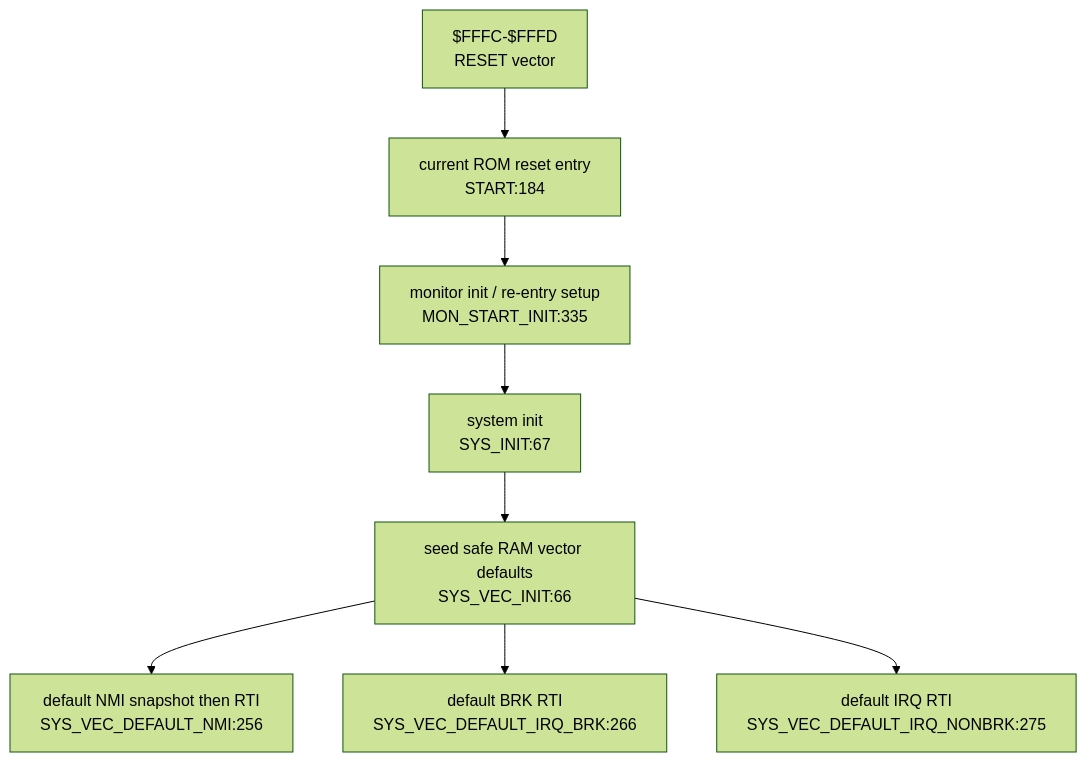
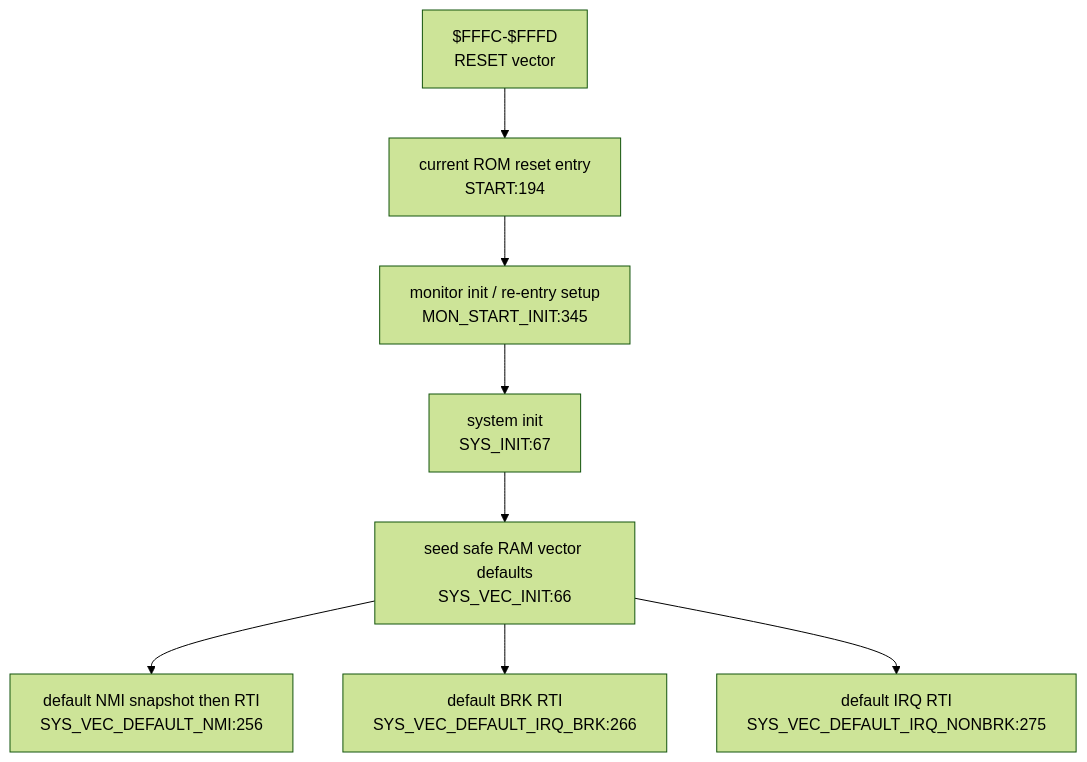
One commit to 95westus/R-YORS changed the second of 6 diagrams in DOC/GENERATED/INTERRUPT_VECTOR_MAP.md. Above: the diagram before and after it, drawn with Mermaid (forest theme). The commit also changed other lines of this file and 45 other files, not shown here.

````diff
--- a/DOC/GENERATED/INTERRUPT_VECTOR_MAP.md
+++ b/DOC/GENERATED/INTERRUPT_VECTOR_MAP.md
@@ -37,10 +37,10 @@
 ```mermaid
 flowchart TD
-    RESETV["$FFFC-$FFFD<br/>RESET vector"] --> STARTN["current ROM reset entry<br/>START:184"]
-    STARTN --> INIT["monitor init / re-entry setup<br/>MON_START_INIT:335"]
+    RESETV["$FFFC-$FFFD<br/>RESET vector"] --> STARTN["current ROM reset entry<br/>START:194"]
+    STARTN --> INIT["monitor init / re-entry setup<br/>MON_START_INIT:345"]
     INIT --> SYSINIT["system init<br/>SYS_INIT:67"]
     SYSINIT --> VECINIT["seed safe RAM vector defaults<br/>SYS_VEC_INIT:66"]
     VECINIT --> DEFNMI["default NMI snapshot then RTI<br/>SYS_VEC_DEFAULT_NMI:256"]
     VECINIT --> DEFBRK["default BRK RTI<br/>SYS_VEC_DEFAULT_IRQ_BRK:266"]
     VECINIT --> DEFIRQ["default IRQ RTI<br/>SYS_VEC_DEFAULT_IRQ_NONBRK:275"]
 ```
````
